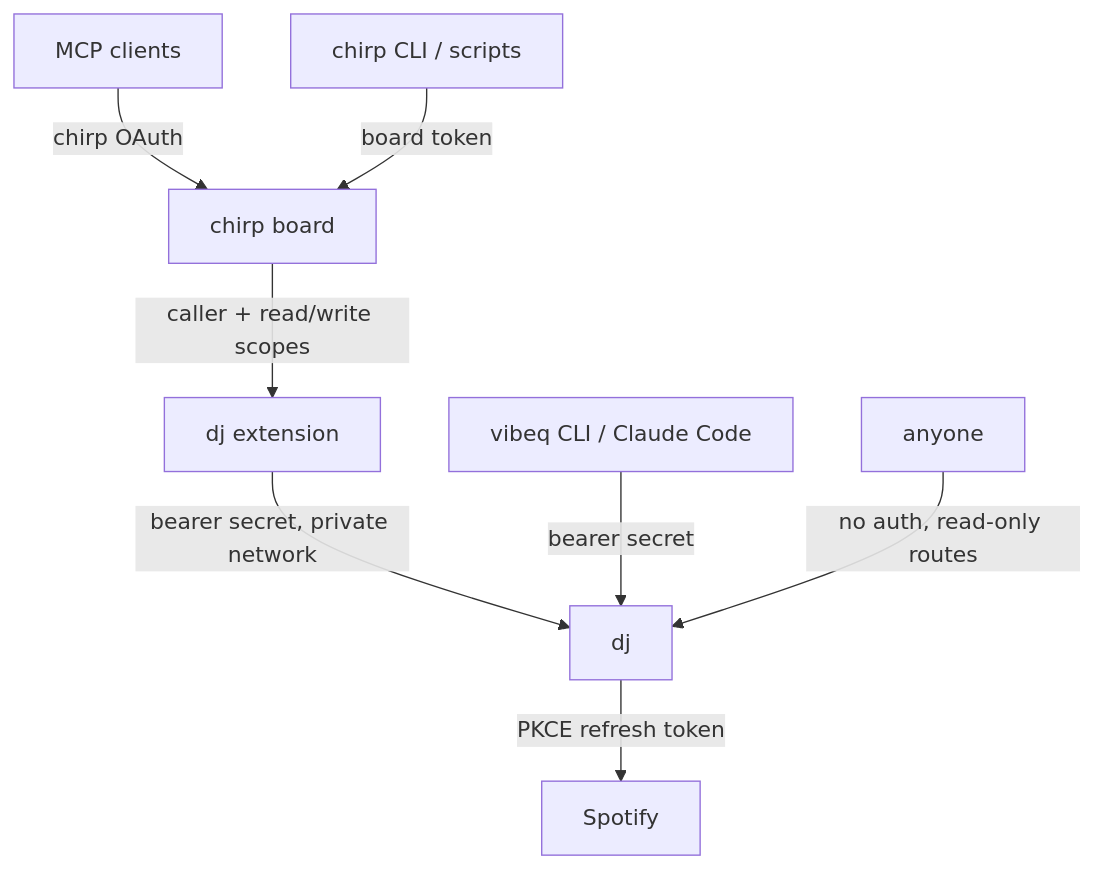
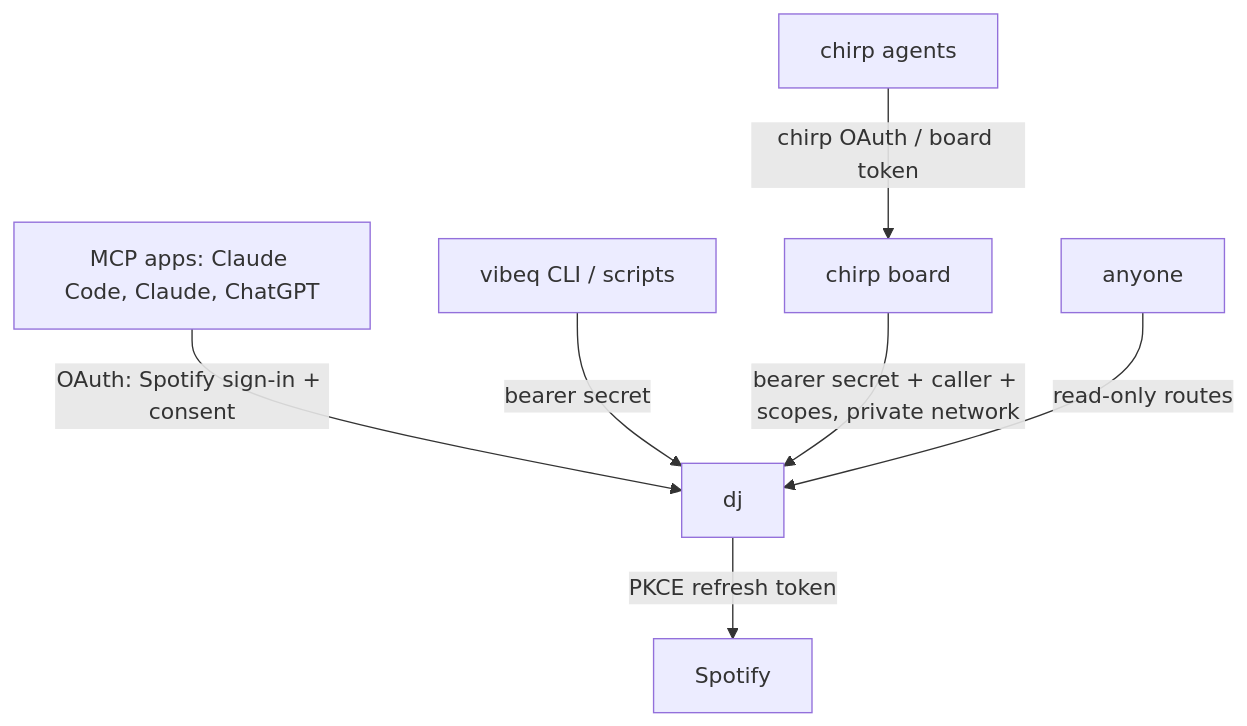
The diagram in README.md (CryogenicPlanet/dj), drawn with Mermaid before and after one commit. The commit also changed other lines of this file and 7 other files, not shown here.

First line of the commit message:
feat: MCP OAuth for dj's own /mcp, and a clearer README

````diff
--- a/README.md
+++ b/README.md
@@ -201,10 +171,9 @@
 ```mermaid
 graph TD
-  MCP[MCP clients] -->|chirp OAuth| CHIRP[chirp board]
-  CLI[chirp CLI / scripts] -->|board token| CHIRP
-  CHIRP -->|caller + read/write scopes| EXT[dj extension]
-  EXT -->|bearer secret, private network| DJ[dj]
-  LOCAL[vibeq CLI / Claude Code] -->|bearer secret| DJ
-  WEB[anyone] -->|no auth, read-only routes| DJ
+  APP[MCP apps: Claude Code, Claude, ChatGPT] -->|OAuth: Spotify sign-in + consent| DJ[dj]
+  CLI[vibeq CLI / scripts] -->|bearer secret| DJ
+  CHIRP[chirp board] -->|bearer secret + caller + scopes, private network| DJ
+  AGENTS[chirp agents] -->|chirp OAuth / board token| CHIRP
+  WEB[anyone] -->|read-only routes| DJ
   DJ -->|PKCE refresh token| SP[Spotify]
 ```
````
